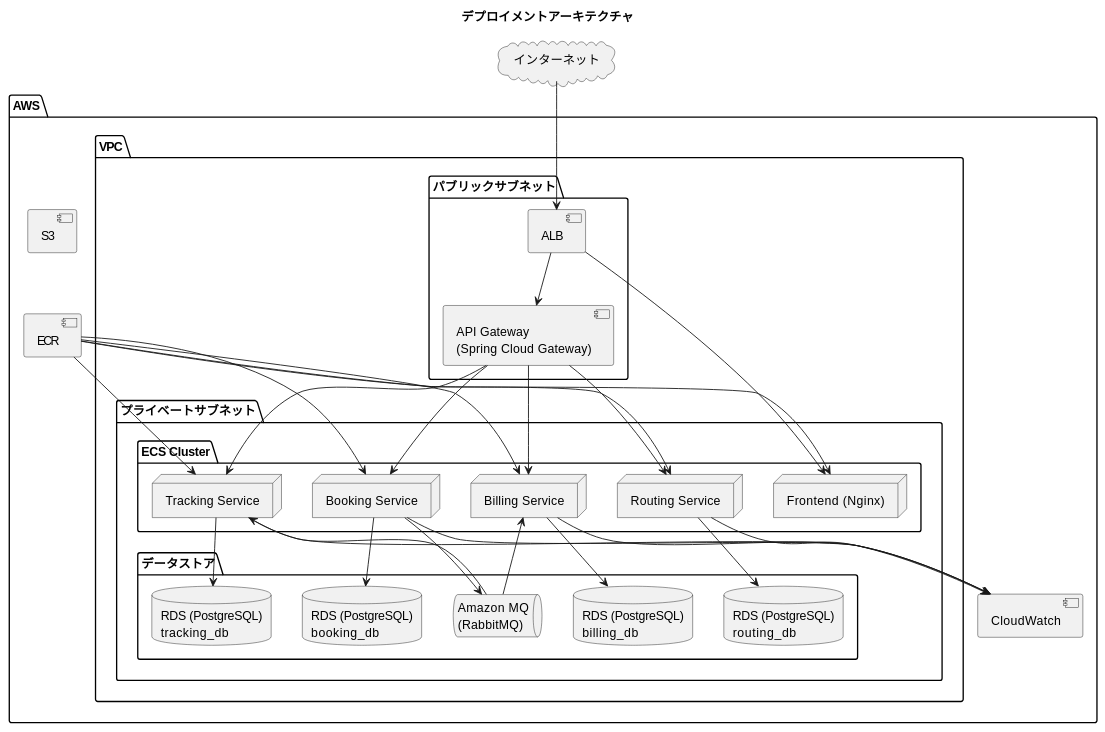
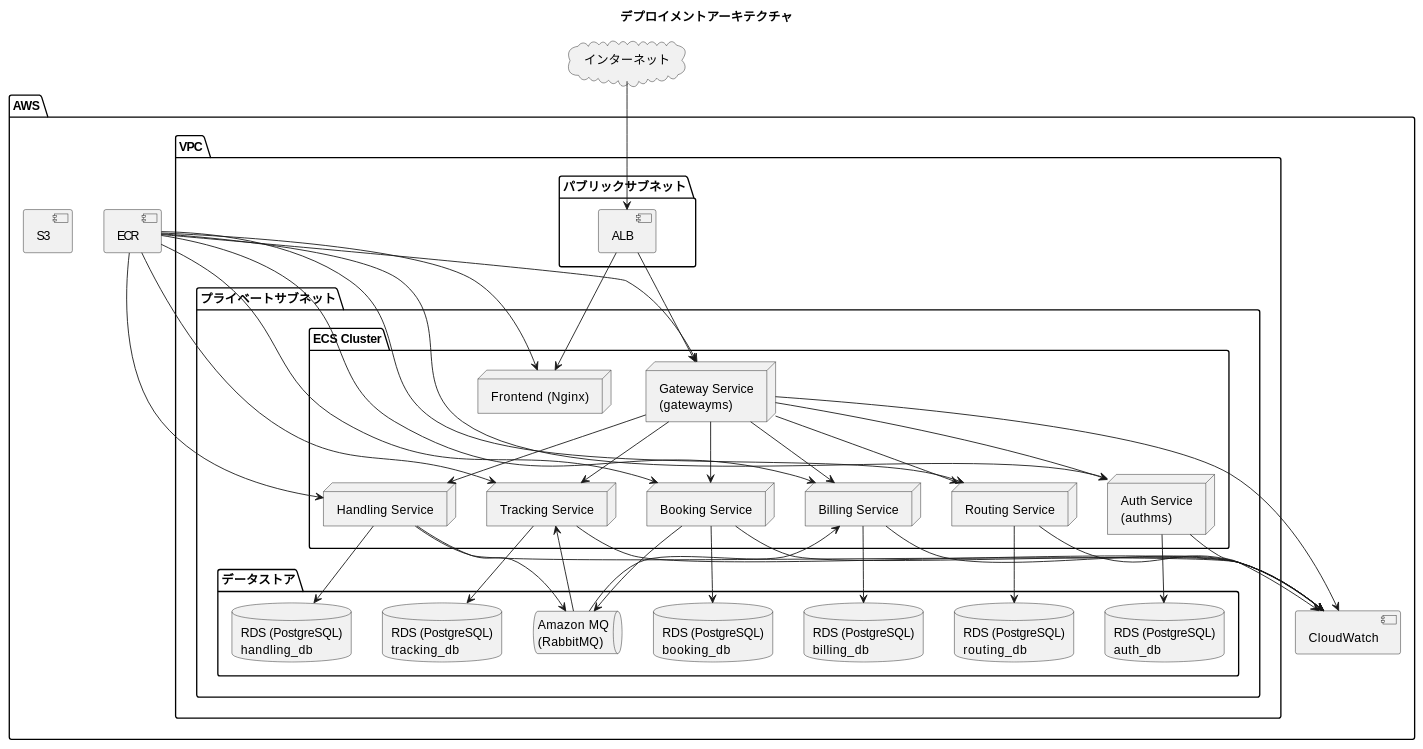
The first of 4 diagrams in docs/design/architecture_infrastructure.md (k2works/case-study-cargo-tracker), drawn with PlantUML before and after one commit. The commit also changed other lines of this file and 4 other files, not shown here.

```diff
--- a/docs/design/architecture_infrastructure.md
+++ b/docs/design/architecture_infrastructure.md
@@ -26,22 +26,26 @@
   package "VPC" {
     package "パブリックサブネット" {
       [ALB] as alb
-      [API Gateway\n(Spring Cloud Gateway)] as gw
     }
 
     package "プライベートサブネット" {
       package "ECS Cluster" {
+        node "Gateway Service\n(gatewayms)" as gw
+        node "Auth Service\n(authms)" as auths
         node "Booking Service" as bs
         node "Routing Service" as rs
         node "Tracking Service" as ts
+        node "Handling Service" as hs
         node "Billing Service" as bis
         node "Frontend (Nginx)" as fe
       }
 
       package "データストア" {
+        database "RDS (PostgreSQL)\nauth_db" as adb
         database "RDS (PostgreSQL)\nbooking_db" as bdb
         database "RDS (PostgreSQL)\nrouting_db" as rdb
         database "RDS (PostgreSQL)\ntracking_db" as tdb
+        database "RDS (PostgreSQL)\nhandling_db" as hdb
         database "RDS (PostgreSQL)\nbilling_db" as bidb
         queue "Amazon MQ\n(RabbitMQ)" as mq
       }
@@ -59,26 +63,37 @@
 gw --> bs
 gw --> rs
 gw --> ts
+gw --> hs
 gw --> bis
+gw --> auths
 
+auths --> adb
 bs --> bdb
 rs --> rdb
 ts --> tdb
+hs --> hdb
 bis --> bidb
 
 bs --> mq
+hs --> mq
 mq --> ts
 mq --> bis
 
+ecr --> gw
+ecr --> auths
 ecr --> bs
 ecr --> rs
 ecr --> ts
+ecr --> hs
 ecr --> bis
 ecr --> fe
 
+gw --> cw
+auths --> cw
 bs --> cw
 rs --> cw
 ts --> cw
+hs --> cw
 bis --> cw
 
 @enduml
```
